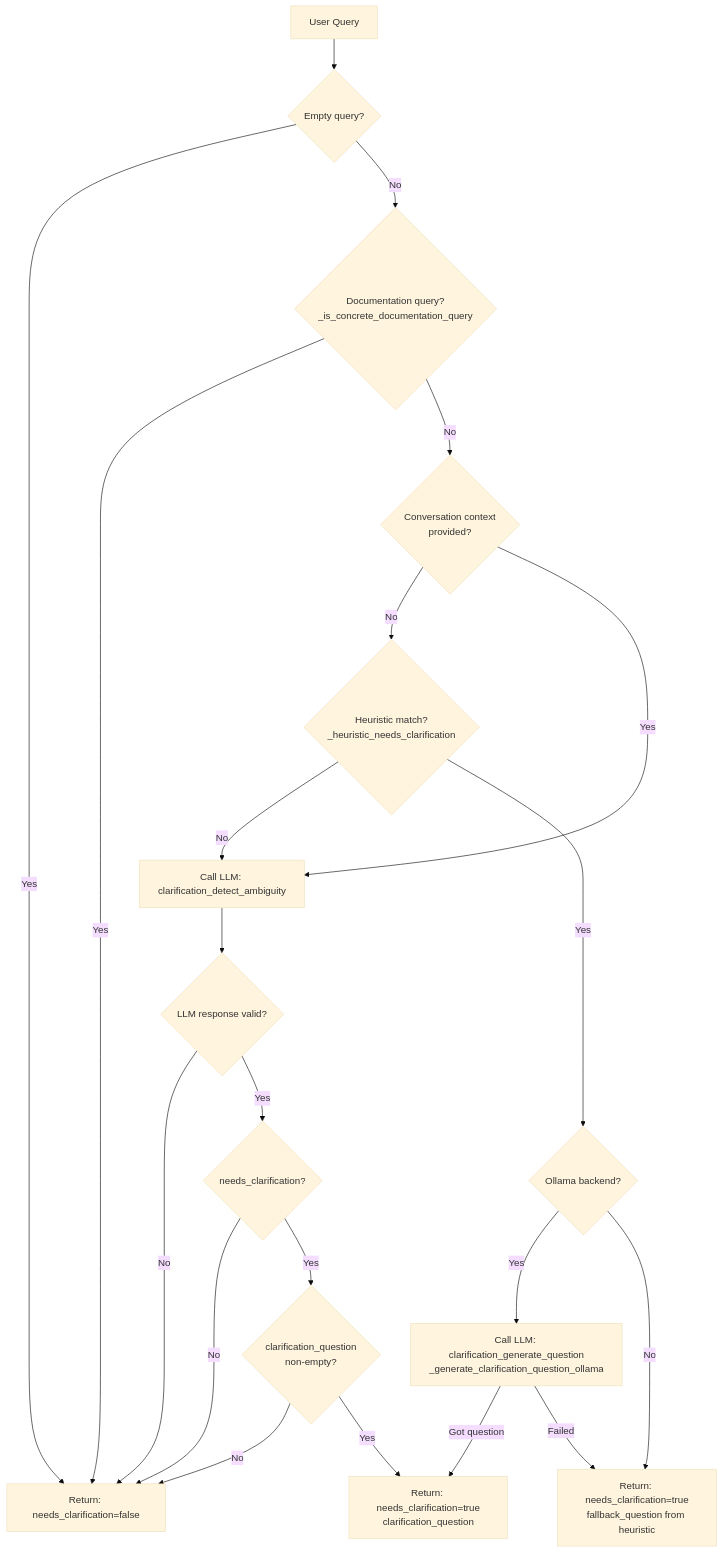
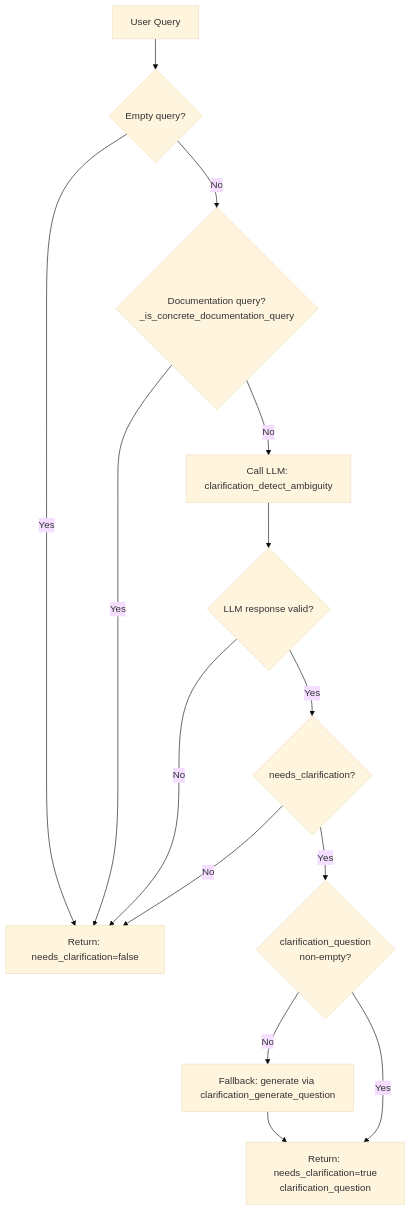
The diagram in src/gateway/route_llm/clarification/README.md (lenhop/IC-RAG-Agent), drawn with Mermaid (base theme) before and after one commit. The commit also changed other lines of this file and 13 other files, not shown here.

Commit message:
refactor src/gateway/route_llm/clarification/clarification.py

````diff
--- a/src/gateway/route_llm/clarification/README.md
+++ b/src/gateway/route_llm/clarification/README.md
@@ -23,23 +25,16 @@
 ```mermaid
 flowchart TD
     A[User Query] --> B{Empty query?}
     B -->|Yes| C[Return: needs_clarification=false]
     B -->|No| D{Documentation query?<br/>_is_concrete_documentation_query}
     D -->|Yes| C
-    D -->|No| E{Conversation context<br/>provided?}
-    E -->|No| F{Heuristic match?<br/>_heuristic_needs_clarification}
-    F -->|No| G[Call LLM: clarification_detect_ambiguity]
-    F -->|Yes| H{Ollama backend?}
-    H -->|Yes| I[Call LLM: clarification_generate_question<br/>_generate_clarification_question_ollama]
-    I -->|Got question| J[Return: needs_clarification=true<br/>clarification_question]
-    I -->|Failed| K[Return: needs_clarification=true<br/>fallback_question from heuristic]
-    H -->|No| K
-    E -->|Yes| G
-    G --> L{LLM response valid?}
-    L -->|No| C
-    L -->|Yes| M{needs_clarification?}
-    M -->|No| C
-    M -->|Yes| N{clarification_question<br/>non-empty?}
-    N -->|No| C
-    N -->|Yes| J
+    D -->|No| E[Call LLM: clarification_detect_ambiguity]
+    E --> F{LLM response valid?}
+    F -->|No| C
+    F -->|Yes| G{needs_clarification?}
+    G -->|No| C
+    G -->|Yes| H{clarification_question<br/>non-empty?}
+    H -->|No| I[Fallback: generate via clarification_generate_question]
+    I --> J[Return: needs_clarification=true<br/>clarification_question]
+    H -->|Yes| J
 ```
````
